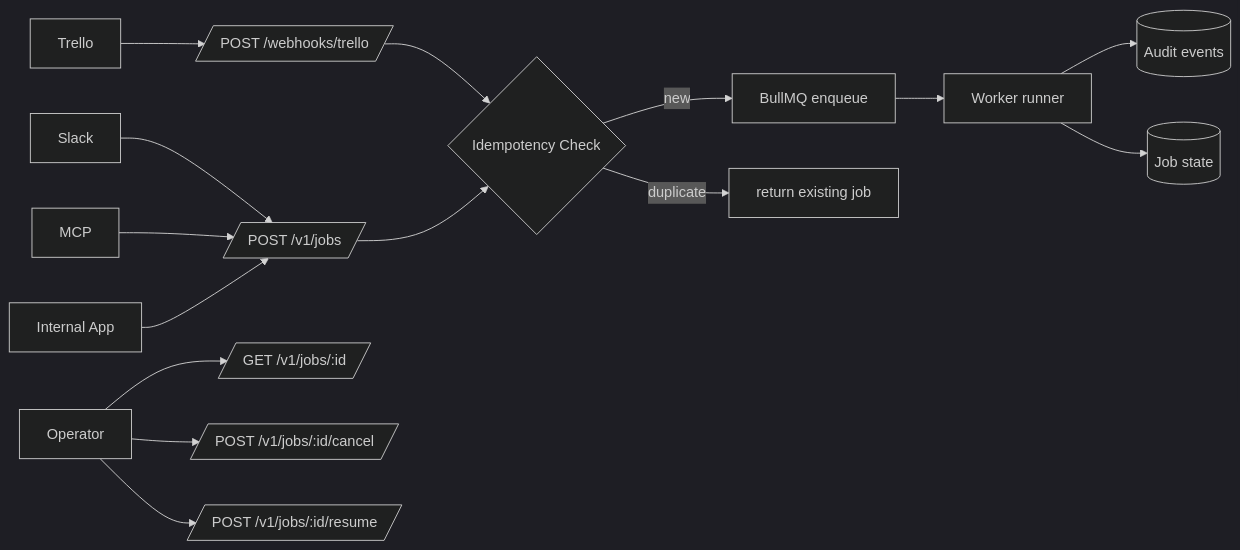
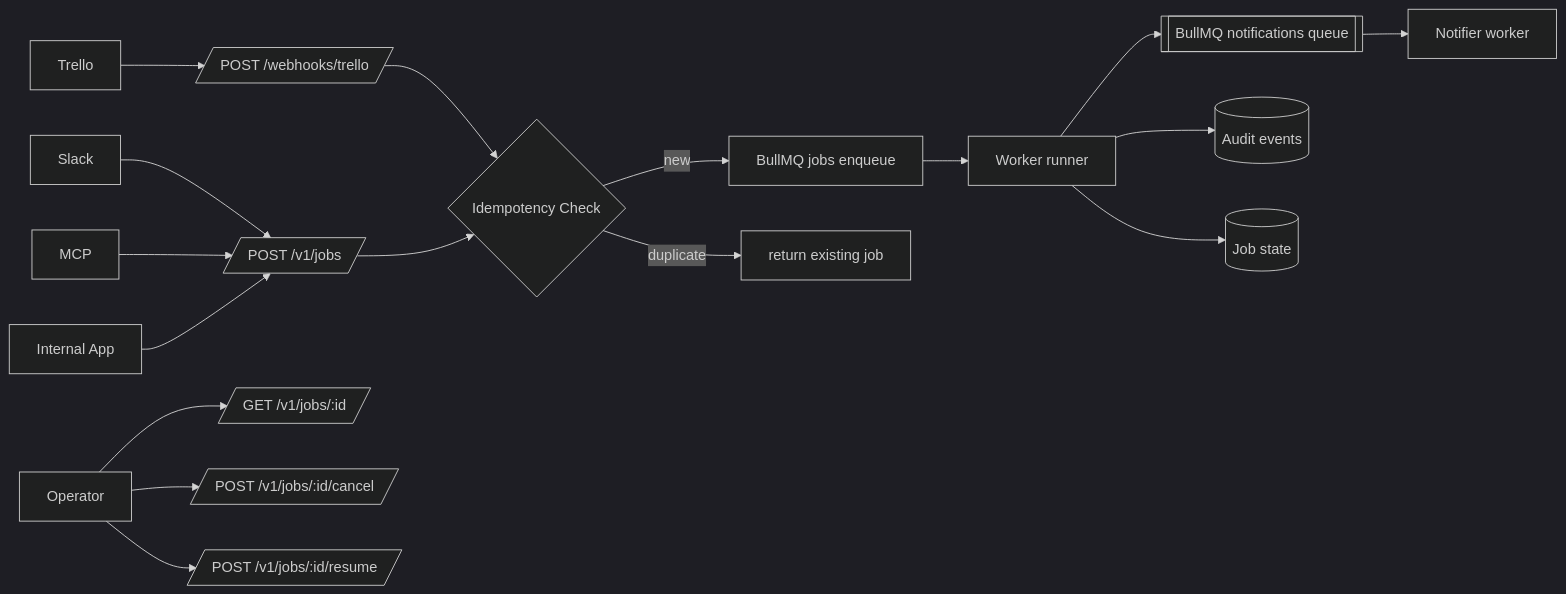
The diagram in API_PLAN.md (carterdea/draftsman-no-9), drawn with Mermaid (dark theme) before and after one commit. The commit also changed other lines of this file and 4 other files, not shown here.

````diff
--- a/API_PLAN.md
+++ b/API_PLAN.md
@@ -58,17 +58,19 @@
 ```mermaid
 flowchart LR
   T[Trello] --> W[/POST /webhooks/trello/]
   S[Slack] --> J[/POST /v1/jobs/]
   M[MCP] --> J
   A[Internal App] --> J
   W --> I{Idempotency Check}
   J --> I
-  I -->|new| Q[BullMQ enqueue]
+  I -->|new| Q[BullMQ jobs enqueue]
   I -->|duplicate| D[return existing job]
   Q --> R[Worker runner]
+  R --> N[[BullMQ notifications queue]]
+  N --> P[Notifier worker]
   R --> E[(Audit events)]
   R --> K[(Job state)]
   O[Operator] --> G[/GET /v1/jobs/:id/]
   O --> U[/POST /v1/jobs/:id/cancel/]
   O --> H[/POST /v1/jobs/:id/resume/]
 ```
````
